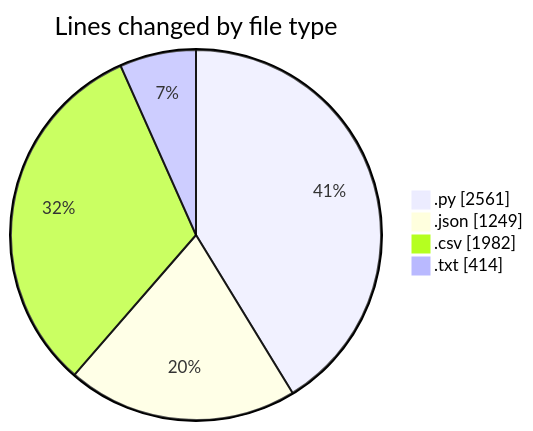
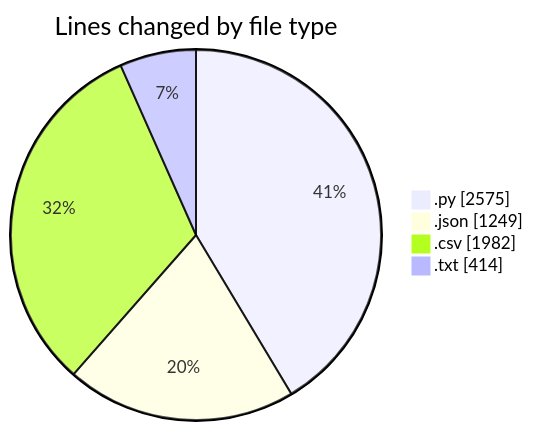
One commit to EIIisD/code-tracking changed the first of 2 diagrams in 2025-07-28/refunds/README.md. Above: the diagram before and after it, drawn with Mermaid. The commit also changed other lines of this file and 1 other file, not shown here.

````diff
--- a/2025-07-28/refunds/README.md
+++ b/2025-07-28/refunds/README.md
@@ -25,8 +25,8 @@
 ```mermaid
 pie showData
 title Lines changed by file type
-".py" : 2561
+".py" : 2575
 ".json" : 1249
 ".csv" : 1982
 ".txt" : 414
 ```
````
